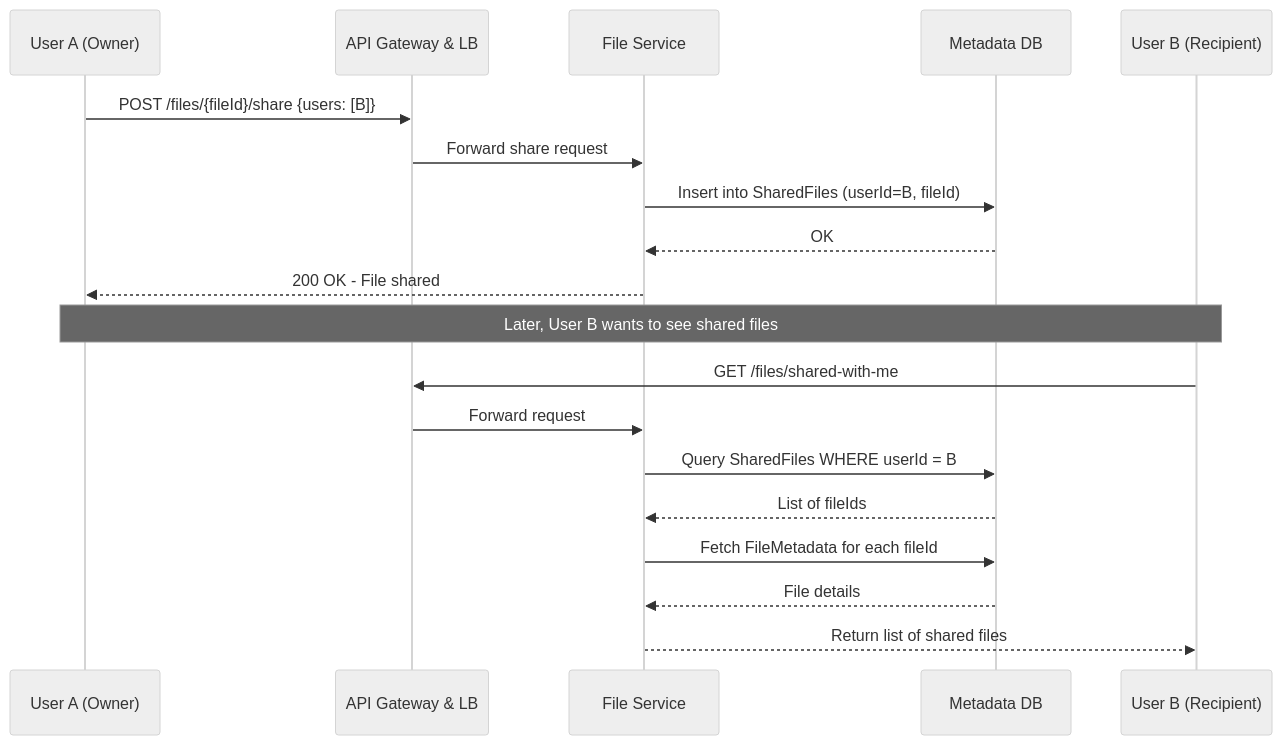
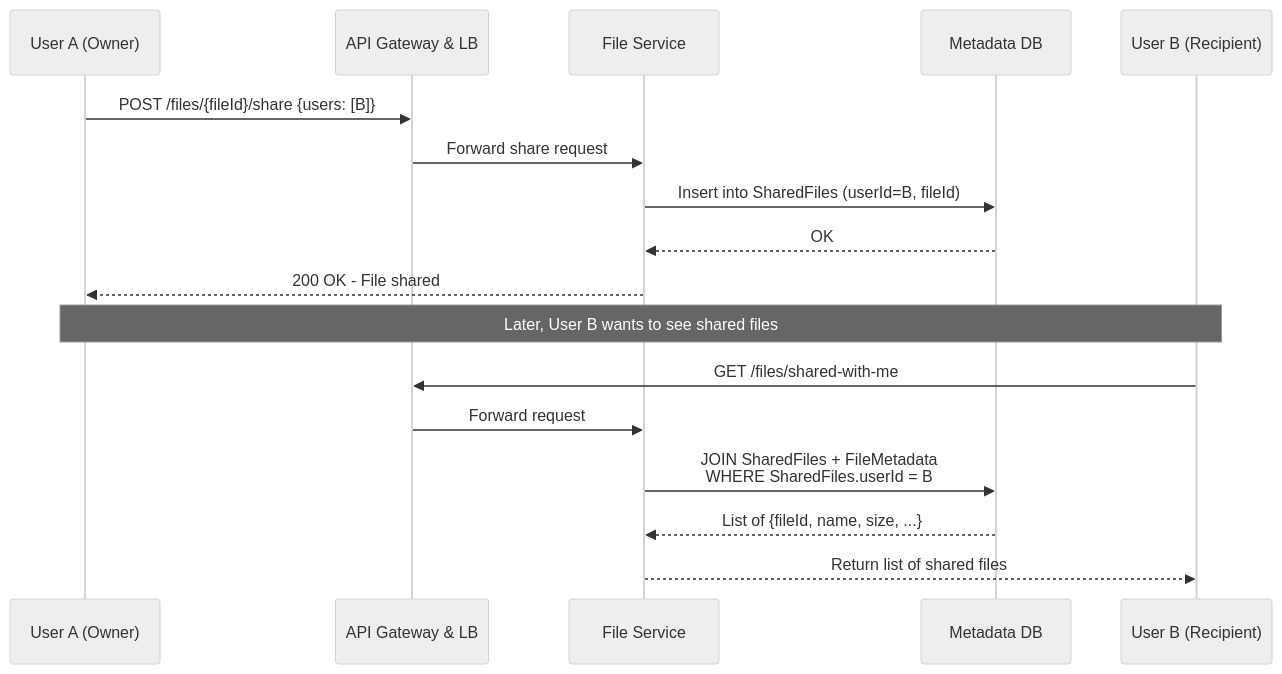
Before and after one commit to vipi-n/swe-101: the seventh of 16 diagrams in hld/dropbox.md, drawn with Mermaid.

````diff
--- a/hld/dropbox.md
+++ b/hld/dropbox.md
@@ -444,25 +444,23 @@
 ```mermaid
 %%{init: {'theme': 'neutral', 'themeVariables': {'fontSize': '18px'}}}%%
 sequenceDiagram
     participant A as User A (Owner)
     participant GW as API Gateway & LB
     participant FS as File Service
     participant DB as Metadata DB
     participant B as User B (Recipient)
 
     A->>GW: POST /files/{fileId}/share {users: [B]}
     GW->>FS: Forward share request
     FS->>DB: Insert into SharedFiles (userId=B, fileId)
     DB-->>FS: OK
     FS-->>A: 200 OK - File shared
 
     Note over A,B: Later, User B wants to see shared files
 
     B->>GW: GET /files/shared-with-me
     GW->>FS: Forward request
-    FS->>DB: Query SharedFiles WHERE userId = B
-    DB-->>FS: List of fileIds
-    FS->>DB: Fetch FileMetadata for each fileId
-    DB-->>FS: File details
+    FS->>DB: JOIN SharedFiles + FileMetadata<br/>WHERE SharedFiles.userId = B
+    DB-->>FS: List of {fileId, name, size, ...}
     FS-->>B: Return list of shared files
 ```
````
